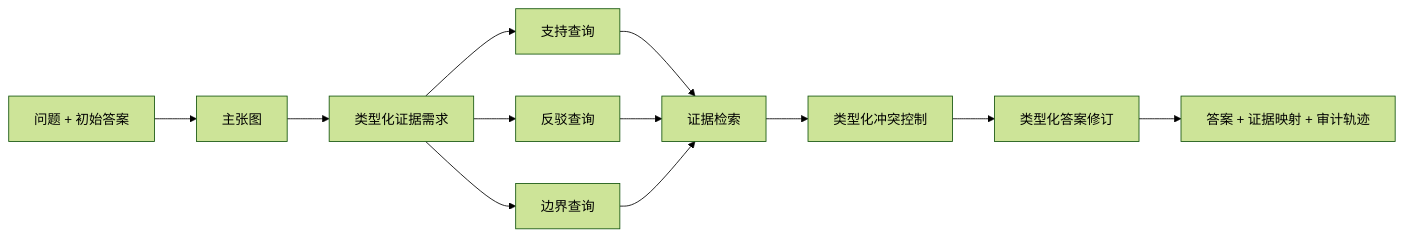
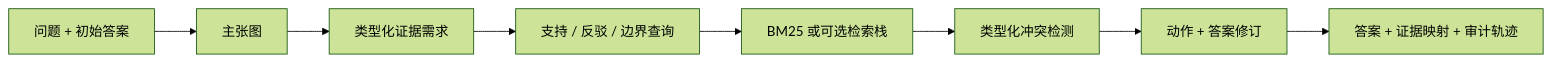
One commit to xiaweiyi713/FAR changed the diagram in README.md. Above: the diagram before and after it, drawn with Mermaid (forest theme). The commit also changed other lines of this file and 2 other files, not shown here.

````diff
--- a/README.md
+++ b/README.md
@@ -85,14 +56,10 @@
 ```mermaid
 flowchart LR
     A["问题 + 初始答案"] --> B["主张图"]
     B --> C["类型化证据需求"]
-    C --> D["支持查询"]
-    C --> E["反驳查询"]
-    C --> F["边界查询"]
-    D --> G["证据检索"]
-    E --> G
-    F --> G
-    G --> H["类型化冲突控制"]
-    H --> I["类型化答案修订"]
-    I --> J["答案 + 证据映射 + 审计轨迹"]
+    C --> D["支持 / 反驳 / 边界查询"]
+    D --> E["BM25 或可选检索栈"]
+    E --> F["类型化冲突检测"]
+    F --> G["动作 + 答案修订"]
+    G --> H["答案 + 证据映射 + 审计轨迹"]
 ```
````
